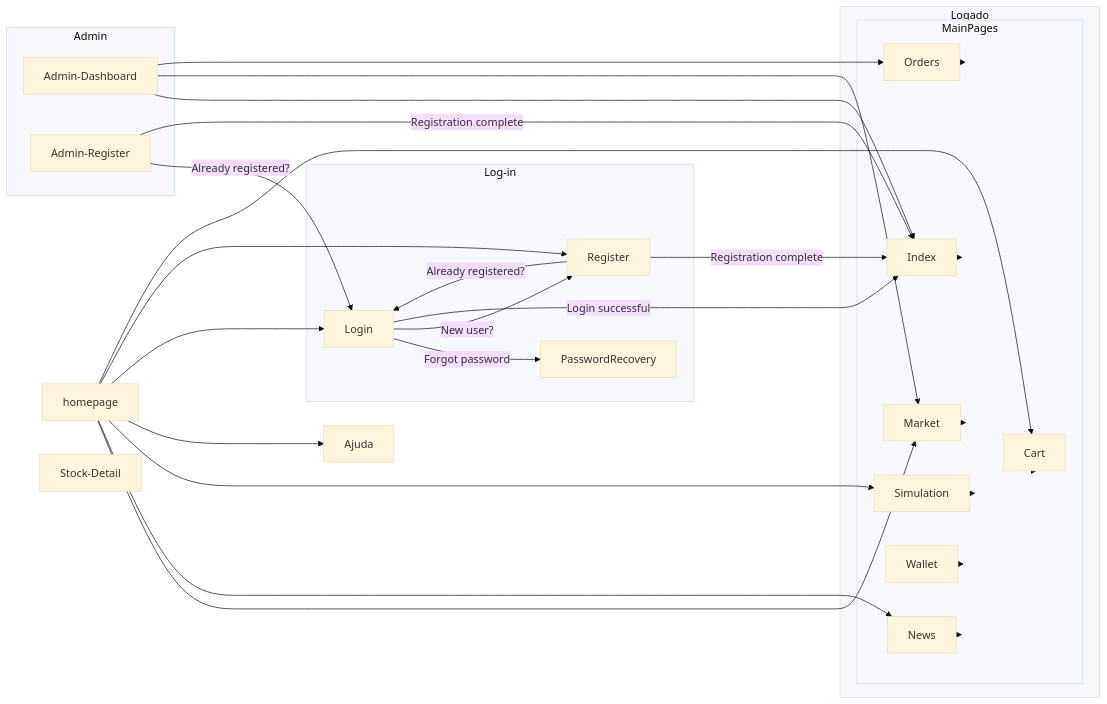
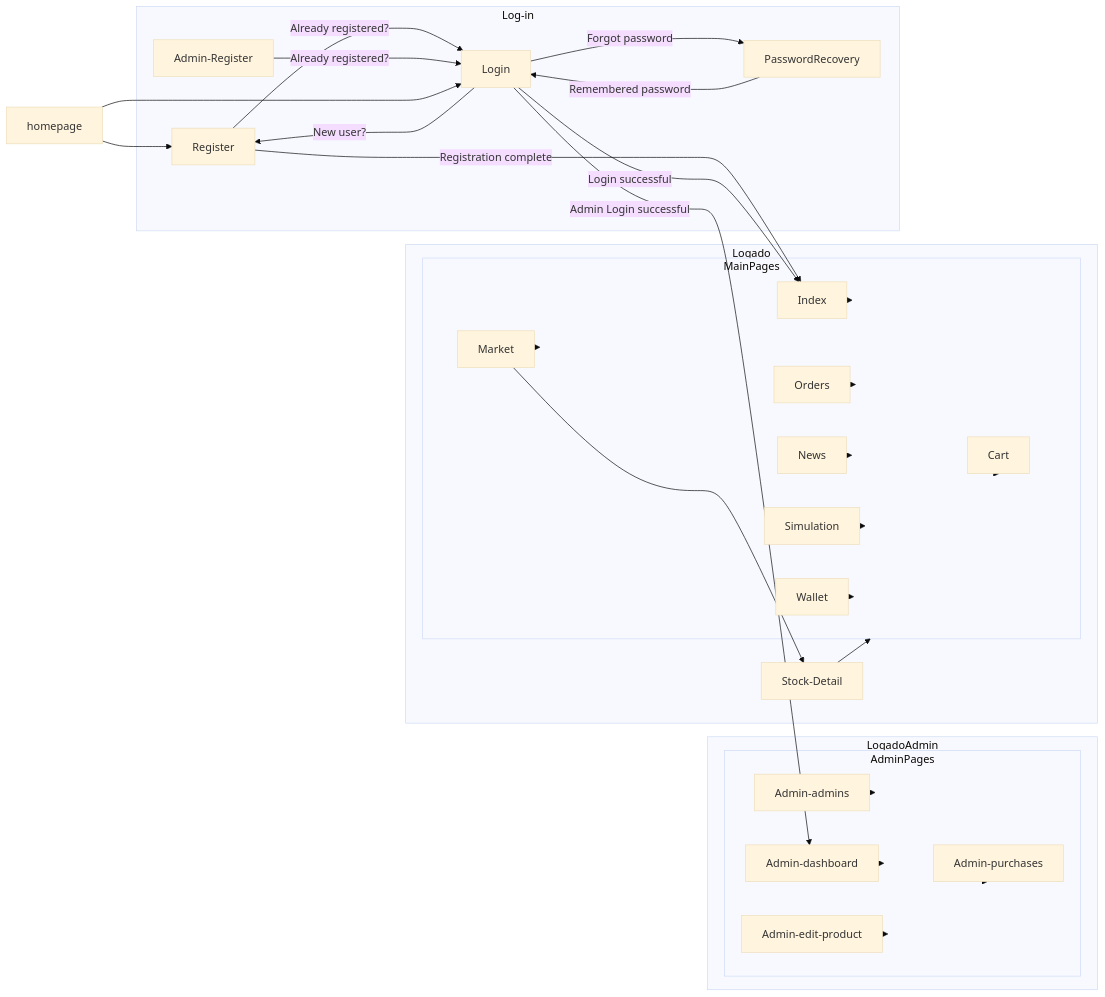
One commit to Vinicius-GN/OrangeWave changed the second of 2 diagrams in README.md. Above: the diagram before and after it, drawn with Mermaid (base theme).

Commit message:
Change Mermaid

````diff
--- a/README.md
+++ b/README.md
@@ -182,39 +182,59 @@
 ```mermaid
 flowchart LR
-		subgraph MainPages
-	    Index
-	    Market
-	    Orders
-	    News
-	    Simulation
-	    Wallet
-	    Cart
-		end
-		
-		subgraph Logado
-			Index --> MainPages
-			Market --> MainPages
-			Orders --> MainPages
-			News --> MainPages
-			Simulation --> MainPages
-			Wallet --> MainPages
-			Cart --> MainPages
-		end
+    
+    subgraph AdminPages
+        Admin-admins
+	    Admin-dashboard
+        Admin-edit-product 
+        Admin-purchases
+        Admin-edit-product
+    end
+
+    subgraph LogadoAdmin
+        Admin-admins --> AdminPages
+	    Admin-dashboard --> AdminPages
+        Admin-edit-product --> AdminPages
+        Admin-purchases --> AdminPages
+    end
+
+    subgraph MainPages
+        Index
+        Market
+        Orders
+        News
+        Simulation
+        Wallet
+        Cart
+    end
+
+    subgraph Logado
+        Index --> MainPages
+        Market --> MainPages
+        Orders --> MainPages
+        News --> MainPages
+        Simulation --> MainPages
+        Wallet --> MainPages
+        Cart --> MainPages
+                Stock-Detail -->MainPages
+
+    end
+
     subgraph Log-in
-	    Login -->|Forgot password| PasswordRecovery
-      Login -->|New user?| Register
-      Login -->|Login successful| Index
+        Register
+        Login
+        Admin-Register
+        PasswordRecovery     
+    end
 
-      Register -->|Already registered?| Login
-      Register -->|Registration complete| Index
-    end
-        
-    subgraph Admin
-	    Admin-Dashboard --> Index & Market & Orders
-	    Admin-Register -->|Already registered?| Login
-	    Admin-Register -->|Registration complete| Index
-		end
+    Register -->|Already registered?| Login
+    Register -->|Registration complete| Index
+
+    Login -->|Forgot password| PasswordRecovery --> |Remembered password| Login
+    Login -->|New user?| Register
+    Login -->|Login successful| Index
+    Login -->|Admin Login successful| Admin-dashboard
+    Admin-Register -->|Already registered?| Login
     
-    homepage --> Market & News & Simulation & Ajuda & Login & Register & Cart
-    Stock-Detail
+    homepage --> Login & Register
+    Market --> Stock-Detail 
 ```
````
